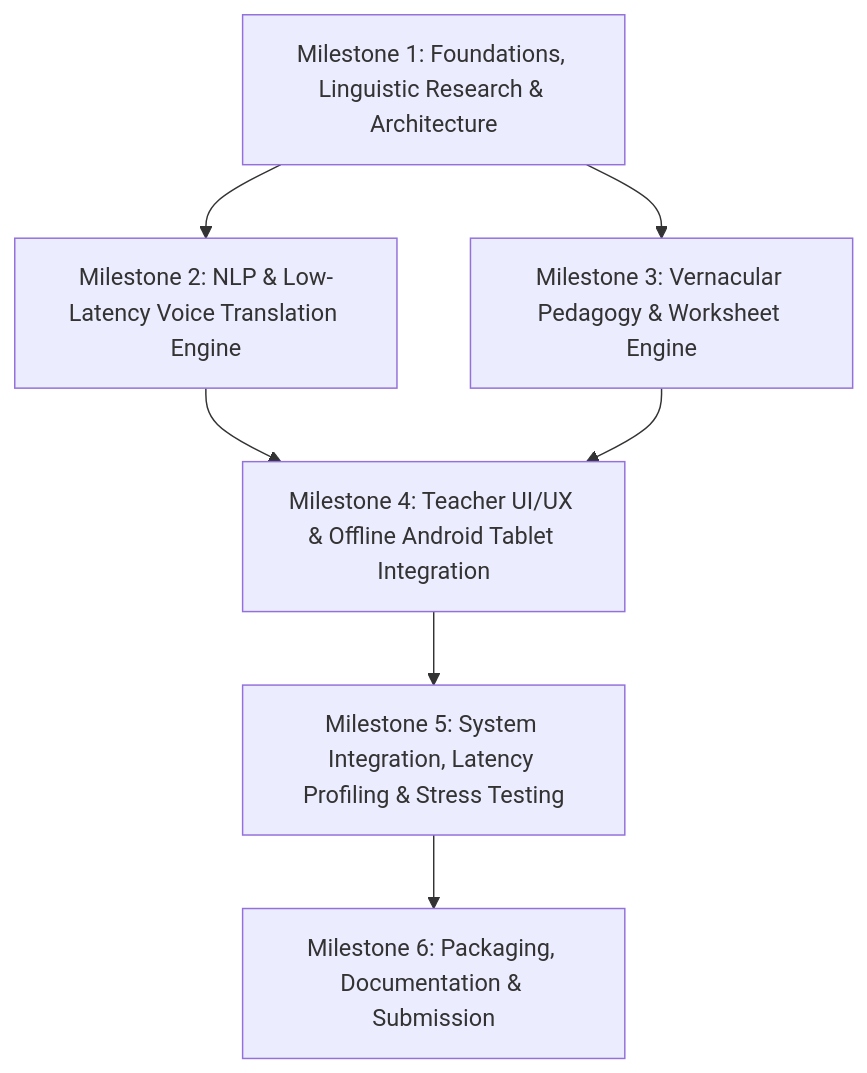
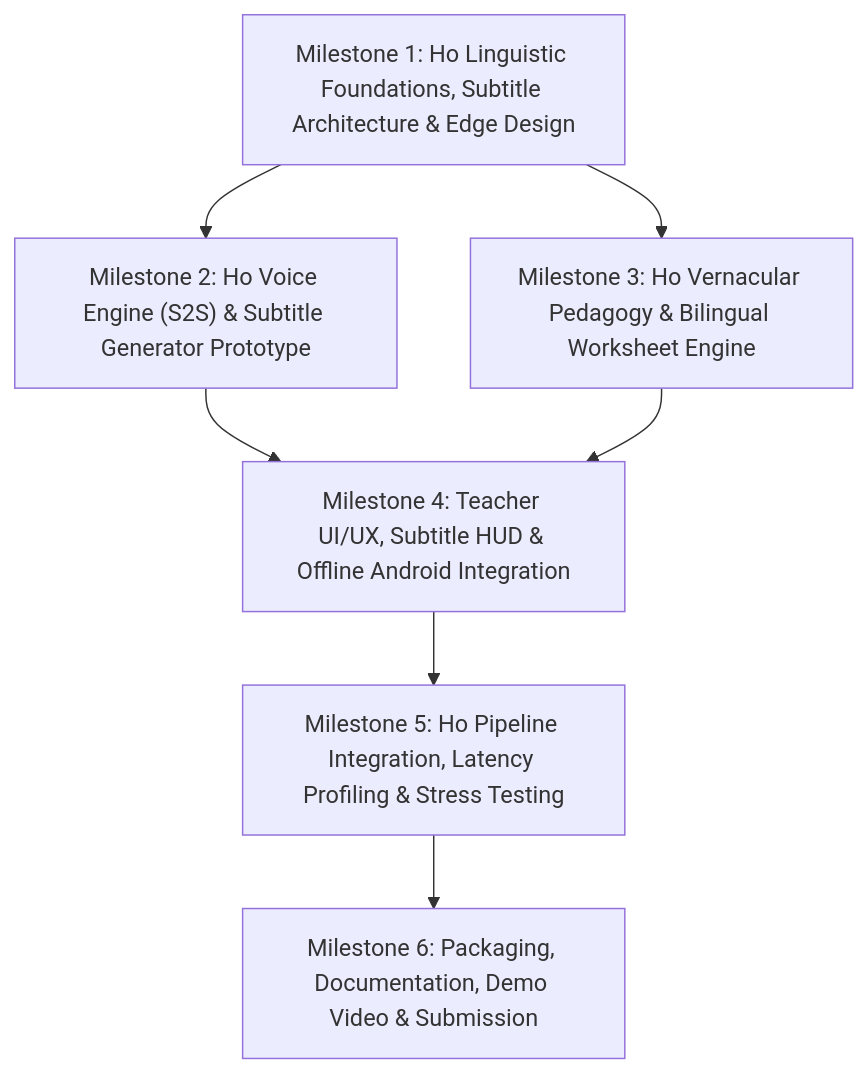
One commit to akasajal/PalashSaathi changed the diagram in ROADMAP.md. Above: the diagram before and after it, drawn with Mermaid. The commit also changed other lines of this file, not shown here.

Commit message:
fix: fixated on only Ho language for prototype

````diff
--- a/ROADMAP.md
+++ b/ROADMAP.md
@@ -24,9 +27,9 @@
 ```mermaid
 graph TD
-    M1["Milestone 1: Foundations, Linguistic Research & Architecture"] --> M2["Milestone 2: NLP & Low-Latency Voice Translation Engine"]
-    M1 --> M3["Milestone 3: Vernacular Pedagogy & Worksheet Engine"]
-    M2 --> M4["Milestone 4: Teacher UI/UX & Offline Android Tablet Integration"]
+    M1["Milestone 1: Ho Linguistic Foundations, Subtitle Architecture & Edge Design"] --> M2["Milestone 2: Ho Voice Engine (S2S) & Subtitle Generator Prototype"]
+    M1 --> M3["Milestone 3: Ho Vernacular Pedagogy & Bilingual Worksheet Engine"]
+    M2 --> M4["Milestone 4: Teacher UI/UX, Subtitle HUD & Offline Android Integration"]
     M3 --> M4
-    M4 --> M5["Milestone 5: System Integration, Latency Profiling & Stress Testing"]
-    M5 --> M6["Milestone 6: Packaging, Documentation & Submission"]
+    M4 --> M5["Milestone 5: Ho Pipeline Integration, Latency Profiling & Stress Testing"]
+    M5 --> M6["Milestone 6: Packaging, Documentation, Demo Video & Submission"]
 ```
````
